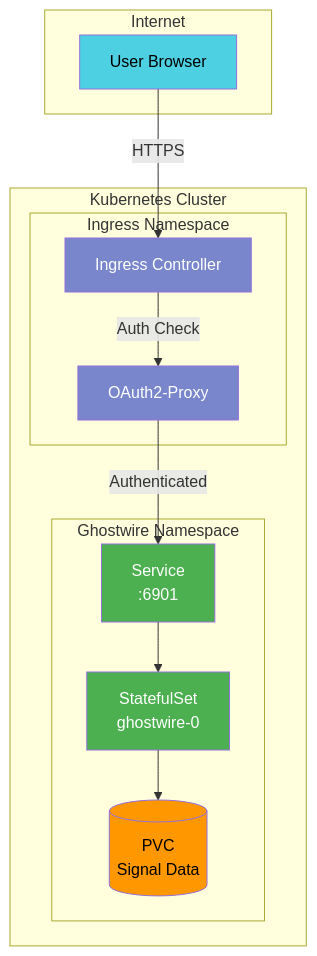
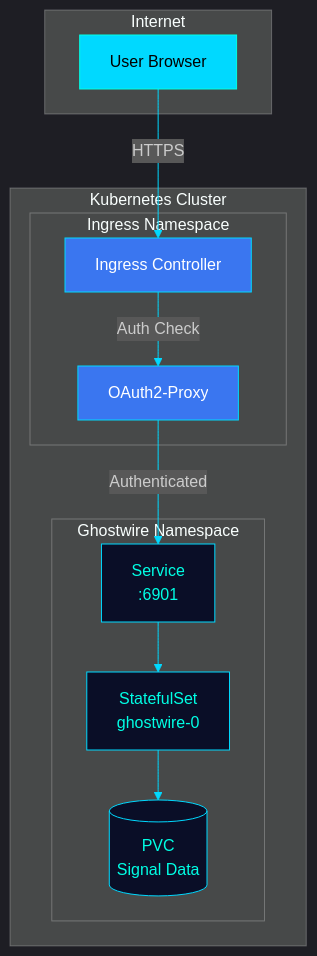
The diagram in docs/guide/overview.md (drengskapur/ghostwire), drawn with Mermaid before and after one commit. The commit also changed 7 other files, not shown here.

````diff
--- a/docs/guide/overview.md
+++ b/docs/guide/overview.md
@@ -29,32 +29,33 @@
 ```mermaid
+%%{init: {'theme': 'dark', 'themeVariables': { 'primaryColor': '#0A0E27', 'primaryTextColor': '#00FFE5', 'primaryBorderColor': '#00D9FF', 'lineColor': '#00D9FF'}}}%%
 flowchart TB
     subgraph internet["Internet"]
         user["User Browser"]
     end
 
     subgraph cluster["Kubernetes Cluster"]
         subgraph ingress_ns["Ingress Namespace"]
             ing["Ingress Controller"]
             oauth["OAuth2-Proxy"]
         end
 
         subgraph gw_ns["Ghostwire Namespace"]
             svc["Service\n:6901"]
             sts["StatefulSet\nghostwire-0"]
             pvc[("PVC\nSignal Data")]
         end
     end
 
     user -->|HTTPS| ing
     ing -->|Auth Check| oauth
     oauth -->|Authenticated| svc
     svc --> sts
     sts --> pvc
 
-    style user fill:#4dd0e1,color:#000
-    style ing fill:#7986cb,color:#fff
-    style oauth fill:#7986cb,color:#fff
-    style svc fill:#4caf50,color:#fff
-    style sts fill:#4caf50,color:#fff
-    style pvc fill:#ff9800,color:#000
+    style user fill:#00D9FF,color:#000,stroke:#00FFE5
+    style ing fill:#3A76F0,color:#fff,stroke:#00D9FF
+    style oauth fill:#3A76F0,color:#fff,stroke:#00D9FF
+    style svc fill:#0A0E27,color:#00FFE5,stroke:#00D9FF
+    style sts fill:#0A0E27,color:#00FFE5,stroke:#00D9FF
+    style pvc fill:#0A0E27,color:#00FFE5,stroke:#00D9FF
 ```
````
